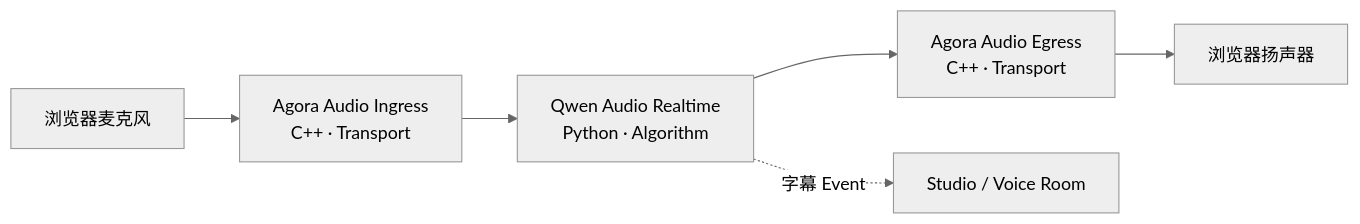
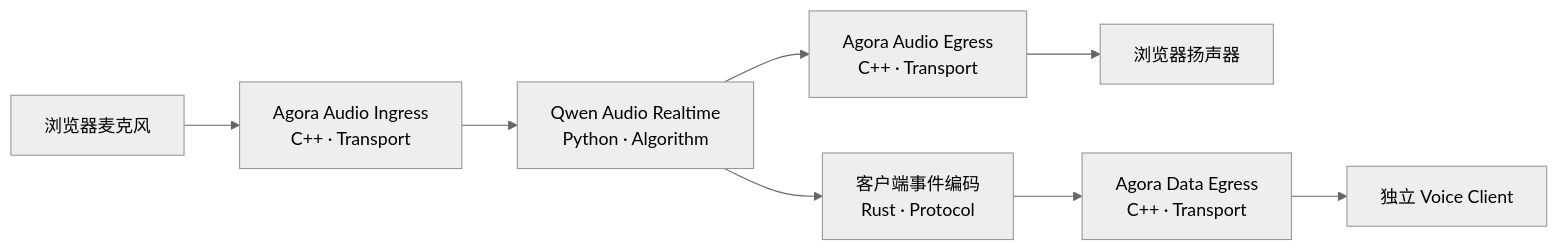
Before and after one commit to PiyotaHu/Voxa: the first of 3 diagrams in docs/site/zh/voice-architecture.md, drawn with Mermaid (neutral theme). The commit also changed other lines of this file and 67 other files, not shown here.

Commit message:
feat: make voice runtime transport client-safe

````diff
--- a/docs/site/zh/voice-architecture.md
+++ b/docs/site/zh/voice-architecture.md
@@ -12,8 +12,10 @@
 ```mermaid
 flowchart LR
     B["浏览器麦克风"] --> AI["Agora Audio Ingress<br/>C++ · Transport"]
     AI --> QR["Qwen Audio Realtime<br/>Python · Algorithm"]
     QR --> AO["Agora Audio Egress<br/>C++ · Transport"]
     AO --> S["浏览器扬声器"]
-    QR -."字幕 Event".-> UI["Studio / Voice Room"]
+    QR --> CE["客户端事件编码<br/>Rust · Protocol"]
+    CE --> DO["Agora Data Egress<br/>C++ · Transport"]
+    DO --> UI["独立 Voice Client"]
 ```
````
